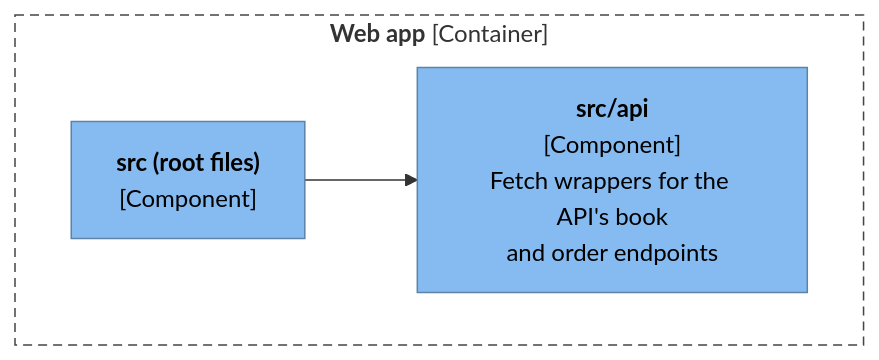
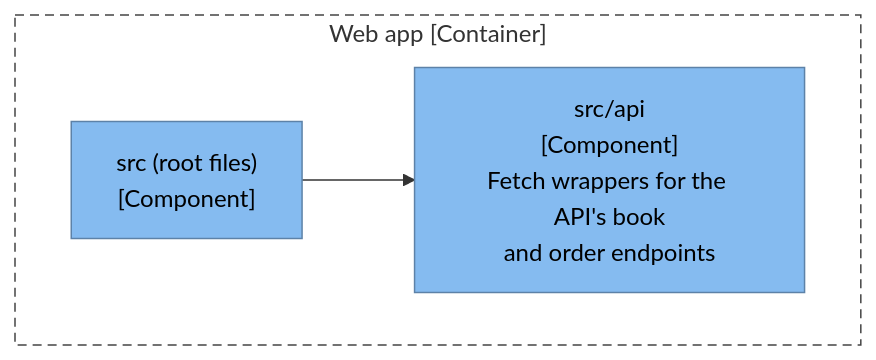
One commit to ythalorossy/architecture-skills changed the fourth of 8 diagrams in examples/bookshop/ArchitectureReport.md. Above: the diagram before and after it, drawn with Mermaid. The commit also changed other lines of this file and 51 other files, not shown here.

First line of the commit message:
fix(render): plain diagram labels keep the characters in code names

````diff
--- a/examples/bookshop/ArchitectureReport.md
+++ b/examples/bookshop/ArchitectureReport.md
@@ -226,20 +163,16 @@
 ```mermaid
 flowchart TB
-    subgraph boundary["`**Web app** [Container]`"]
-        web_src__files["`**src (root files)**
-[Component]`"]
-        web_src_api["`**src/api**
-[Component]
-Fetch wrappers for the API's book
-and order endpoints`"]
+    subgraph boundary["Web app [Container]"]
+        web_src__files["src (root files)<br/>[Component]"]
+        web_src_api["src/api<br/>[Component]<br/>Fetch wrappers for the API's book<br/>and order endpoints"]
     end
     web_src__files --> web_src_api
     classDef person fill:#08427b,stroke:#052e56,color:#ffffff
     classDef container fill:#1168bd,stroke:#0b4884,color:#ffffff
     classDef system fill:#1168bd,stroke:#0b4884,color:#ffffff
     classDef component fill:#85bbf0,stroke:#5d82a8,color:#000000
     classDef external fill:#999999,stroke:#6b6b6b,color:#ffffff
     classDef shared fill:#dbe9f6,stroke:#5d82a8,color:#000000,stroke-dasharray:4 3
     class web_src__files,web_src_api component
     style boundary fill:none,stroke:#444444,stroke-dasharray:6 4
 ```
````
